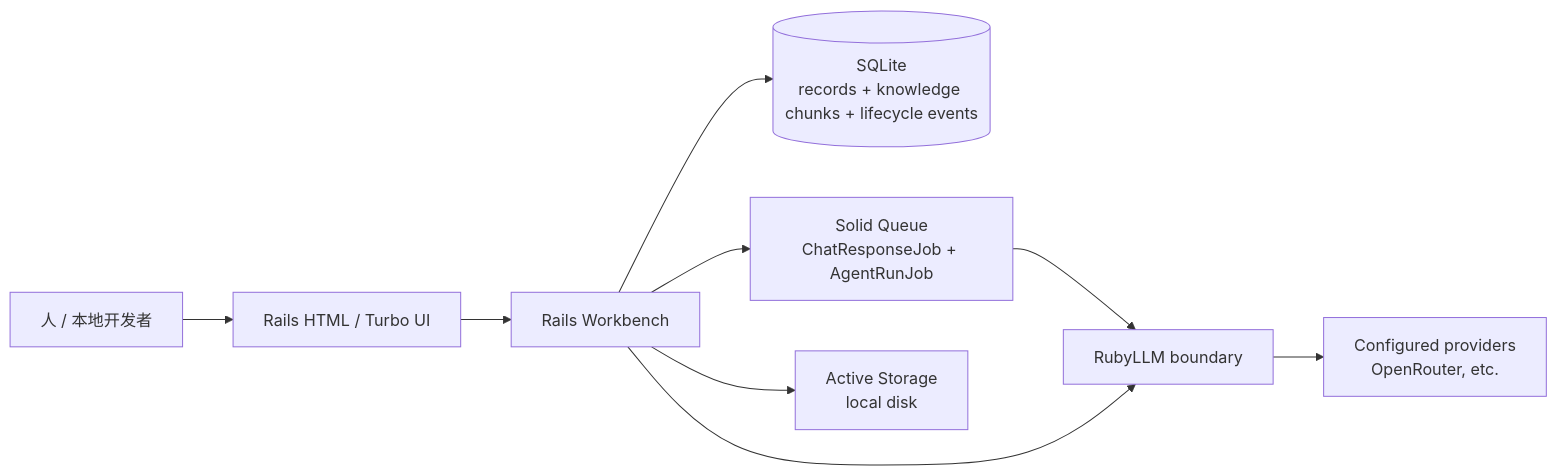
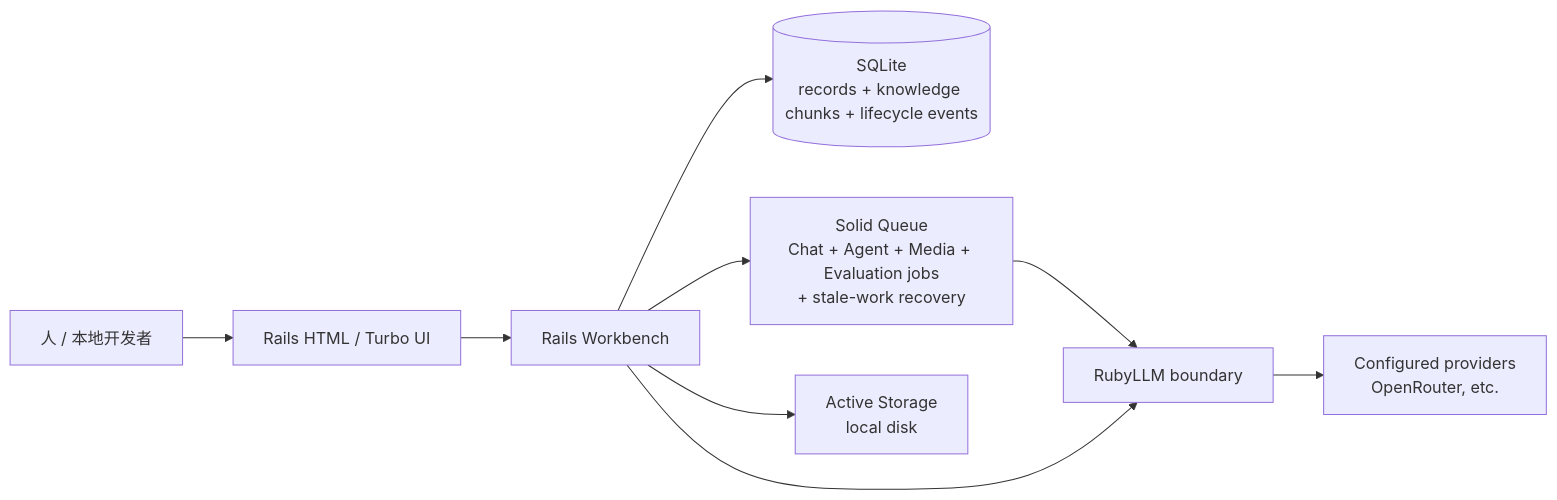
One commit to yorzi/rubyllm-workbench changed the first of 11 diagrams in docs/ARCHITECTURE.md. Above: the diagram before and after it, drawn with Mermaid. The commit also changed other lines of this file and 12 other files, not shown here.

````diff
--- a/docs/ARCHITECTURE.md
+++ b/docs/ARCHITECTURE.md
@@ -28,11 +28,11 @@
 ```mermaid
 flowchart LR
     Human["人 / 本地开发者"] --> UI["Rails HTML / Turbo UI"]
     UI --> App["Rails Workbench"]
     App --> DB[("SQLite\nrecords + knowledge chunks + lifecycle events")]
-    App --> Queue["Solid Queue\nChatResponseJob + AgentRunJob"]
+App --> Queue["Solid Queue\nChat + Agent + Media + Evaluation jobs\n+ stale-work recovery"]
     Queue --> RubyLLM["RubyLLM boundary"]
     App --> RubyLLM
     RubyLLM --> Providers["Configured providers\nOpenRouter, etc."]
     App --> Blobs["Active Storage\nlocal disk"]
 ```
````
